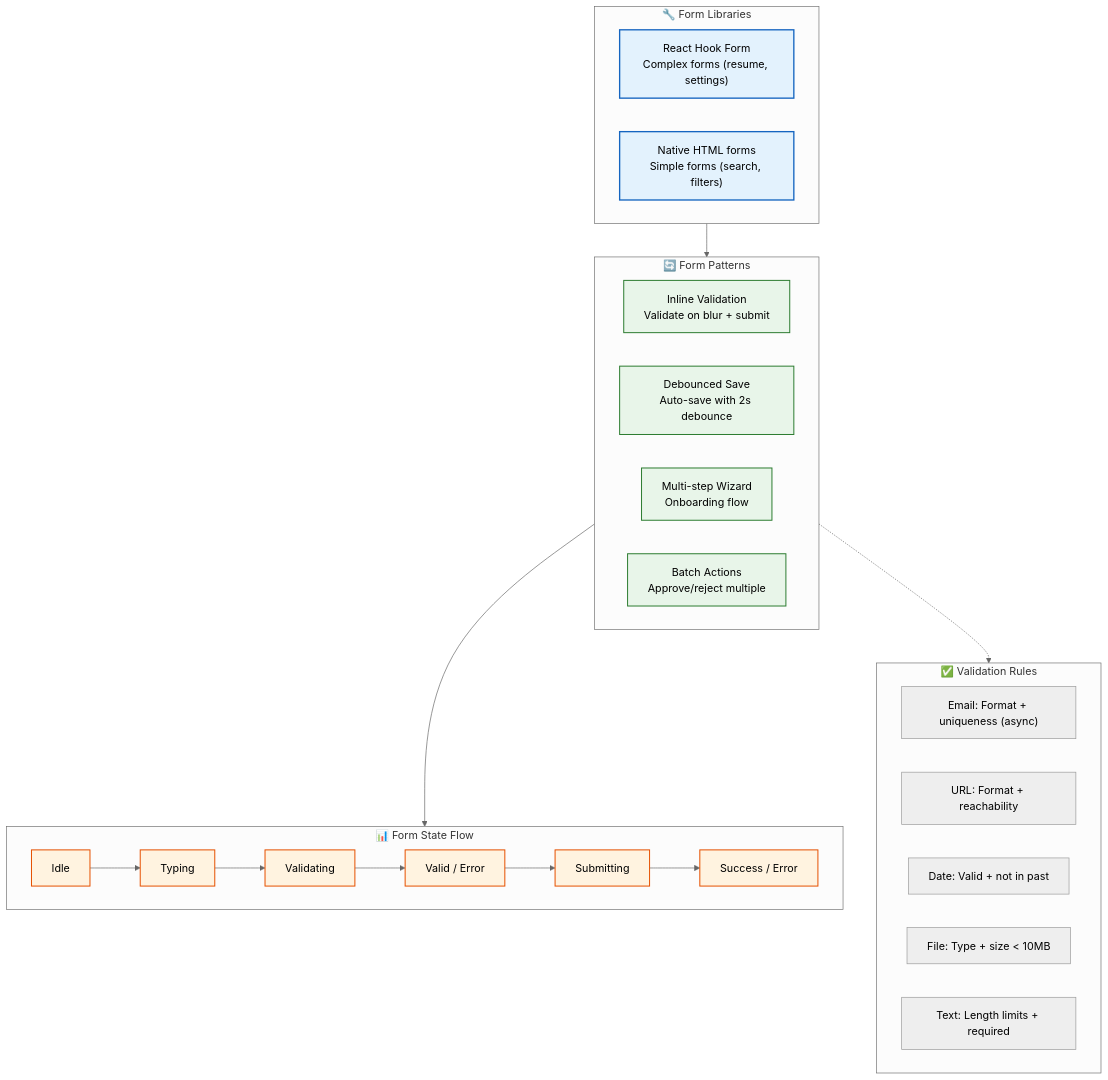
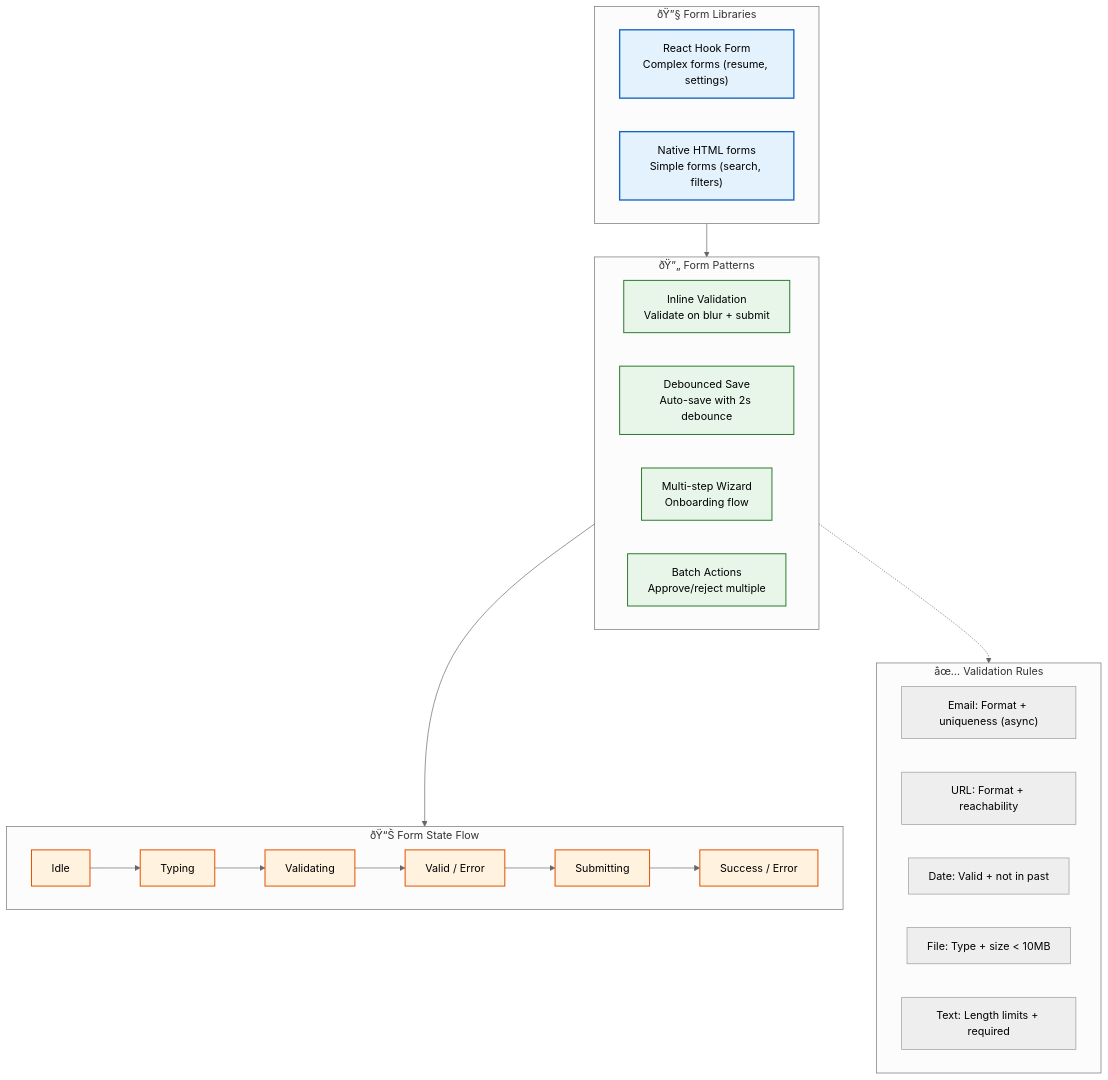
Before and after one commit to Driftloom/Vaeloom: the first of 2 diagrams in Docs/Frontend/Forms.md, drawn with Mermaid (neutral theme). The commit also changed other lines of this file and 249 other files, not shown here.

````diff
--- a/Docs/Frontend/Forms.md
+++ b/Docs/Frontend/Forms.md
@@ -8,42 +8,42 @@
 ```mermaid
 graph TD
     classDef tool fill:#e3f2fd,stroke:#1565c0,color:#000,stroke-width:2px
     classDef pattern fill:#e8f5e9,stroke:#2e7d32,color:#000,stroke-width:1.5px
     classDef state fill:#fff3e0,stroke:#e65100,color:#000,stroke-width:1.5px
 
-    subgraph Tools["🔧 Form Libraries"]
+    subgraph Tools["ðŸ”§ Form Libraries"]
         T1["React Hook Form<br/>Complex forms (resume, settings)"]
         T2["Native HTML forms<br/>Simple forms (search, filters)"]
     end
 
-    subgraph Patterns["🔄 Form Patterns"]
+    subgraph Patterns["ðŸ”„ Form Patterns"]
         P1["Inline Validation<br/>Validate on blur + submit"]
         P2["Debounced Save<br/>Auto-save with 2s debounce"]
         P3["Multi-step Wizard<br/>Onboarding flow"]
         P4["Batch Actions<br/>Approve/reject multiple"]
     end
 
-    subgraph StateMachine["📊 Form State Flow"]
+    subgraph StateMachine["ðŸ“Š Form State Flow"]
         S1["Idle"] --> S2["Typing"]
         S2 --> S3["Validating"]
         S3 --> S4["Valid / Error"]
         S4 --> S5["Submitting"]
         S5 --> S6["Success / Error"]
     end
 
-    subgraph Validation["✅ Validation Rules"]
+    subgraph Validation["âœ… Validation Rules"]
         V1["Email: Format + uniqueness (async)"]
         V2["URL: Format + reachability"]
         V3["Date: Valid + not in past"]
         V4["File: Type + size < 10MB"]
         V5["Text: Length limits + required"]
     end
 
     Tools --> Patterns --> StateMachine
     Patterns -.-> Validation
 
     class T1,T2 tool
     class P1,P2,P3,P4 pattern
     class S1,S2,S3,S4,S5,S6 state
     class V1,V2,V3,V4,V5 validation
 ```
````
